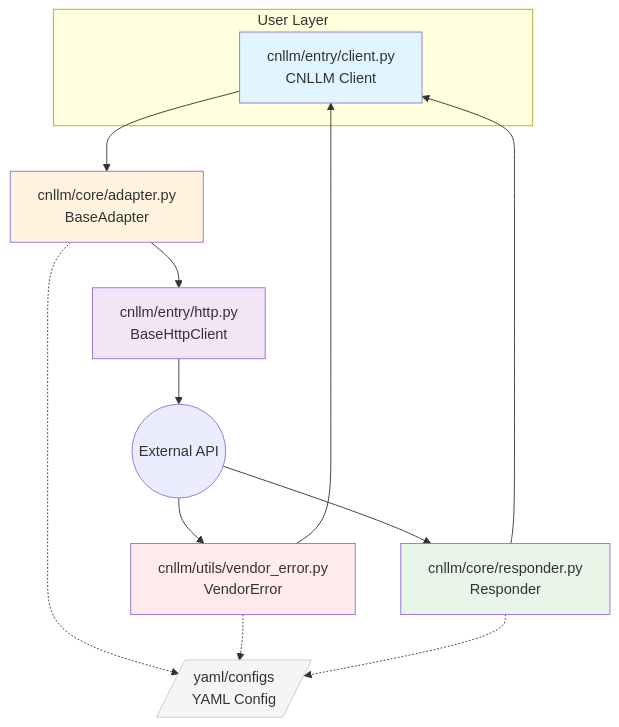
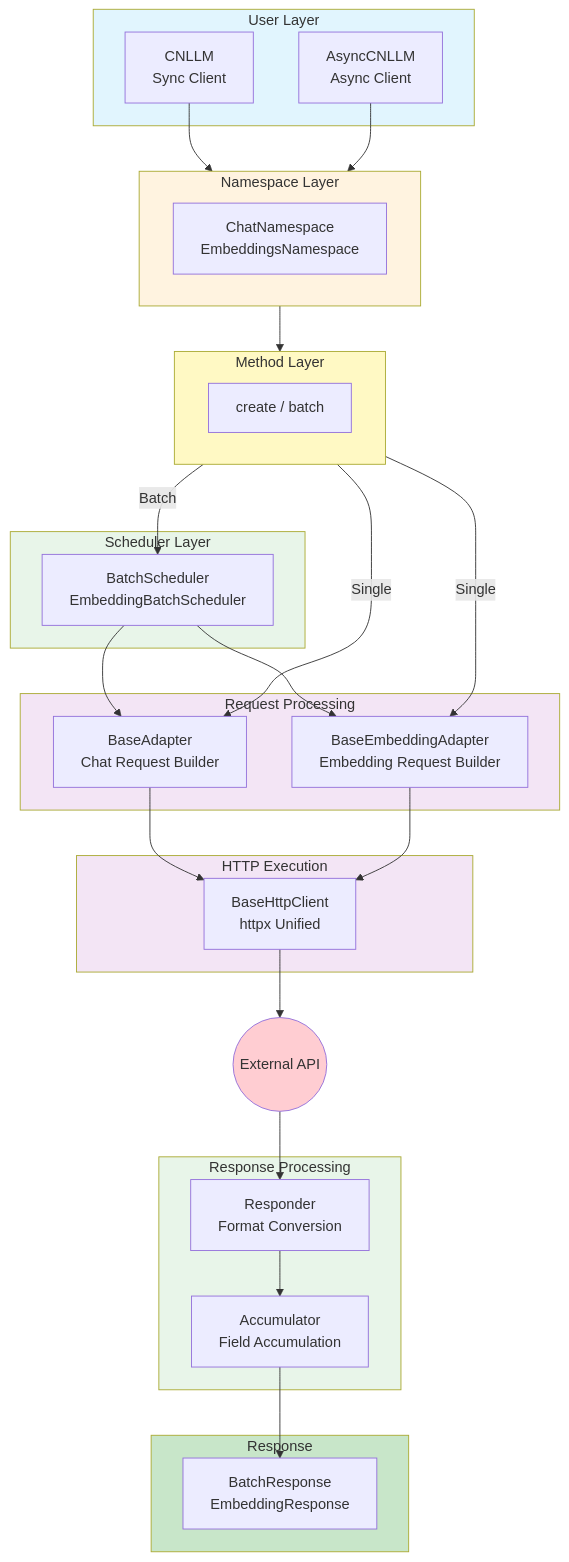
One commit to kanchengw/cnllm changed the first of 6 diagrams in docs/ARCHITECTURE_en.md. Above: the diagram before and after it, drawn with Mermaid. The commit also changed other lines of this file and 46 other files, not shown here.

Commit message:
embedding/batch/async interface

````diff
--- a/docs/ARCHITECTURE_en.md
+++ b/docs/ARCHITECTURE_en.md
@@ -7,27 +70,59 @@
 ```mermaid
 flowchart TD
-    subgraph User Layer
-        A[cnllm/entry/client.py<br/>CNLLM Client]
+    subgraph UserLayer["User Layer"]
+        A[CNLLM<br/>Sync Client]
+        A2[AsyncCNLLM<br/>Async Client]
     end
 
-    A --> B[cnllm/core/adapter.py<br/>BaseAdapter]
-    B --> C[cnllm/entry/http.py<br/>BaseHttpClient]
-    C --> D((External API))
+    subgraph Namespace["Namespace Layer"]
+        B[ChatNamespace<br/>EmbeddingsNamespace]
+    end
 
-    D --> E[cnllm/core/responder.py<br/>Responder]
-    E --> A
+    subgraph Method["Method Layer"]
+        C[create / batch]
+    end
 
-    D --> F[cnllm/utils/vendor_error.py<br/>VendorError]
-    F --> A
+    subgraph Scheduler["Scheduler Layer"]
+        D[BatchScheduler<br/>EmbeddingBatchScheduler]
+    end
 
-    B -.-> G[/yaml/configs<br/>YAML Config/]
-    F -.-> G
-    E -.-> G
+    subgraph RequestProcessing["Request Processing"]
+        E[BaseAdapter<br/>Chat Request Builder]
+        E2[BaseEmbeddingAdapter<br/>Embedding Request Builder]
+    end
 
-    style A fill:#e1f5fe
-    style B fill:#fff3e0
-    style C fill:#f3e5f5
-    style E fill:#e8f5e9
-    style F fill:#ffebee
-    style G fill:#f5f5f5,stroke:#ccc
+    subgraph HTTPExecution["HTTP Execution"]
+        F[BaseHttpClient<br/>httpx Unified]
+    end
+
+    subgraph ResponseProcessing["Response Processing"]
+        G[Responder<br/>Format Conversion]
+        H[Accumulator<br/>Field Accumulation]
+    end
+
+    subgraph Response["Response"]
+        I[BatchResponse<br/>EmbeddingResponse]
+    end
+
+    A --> Namespace
+    A2 --> Namespace
+    Namespace --> Method
+    Method -->|Single| E & E2
+    Method -->|Batch| D
+    D --> E & E2
+    E & E2 --> F
+    F --> API((External API))
+    API --> G
+    G --> H
+    H --> I
+
+    style UserLayer fill:#e1f5fe
+    style Namespace fill:#fff3e0
+    style Method fill:#fff9c4
+    style Scheduler fill:#e8f5e9
+    style RequestProcessing fill:#f3e5f5
+    style HTTPExecution fill:#f3e5f5
+    style ResponseProcessing fill:#e8f5e9
+    style Response fill:#c8e6c9
+    style API fill:#ffcdd2
 ```
````
